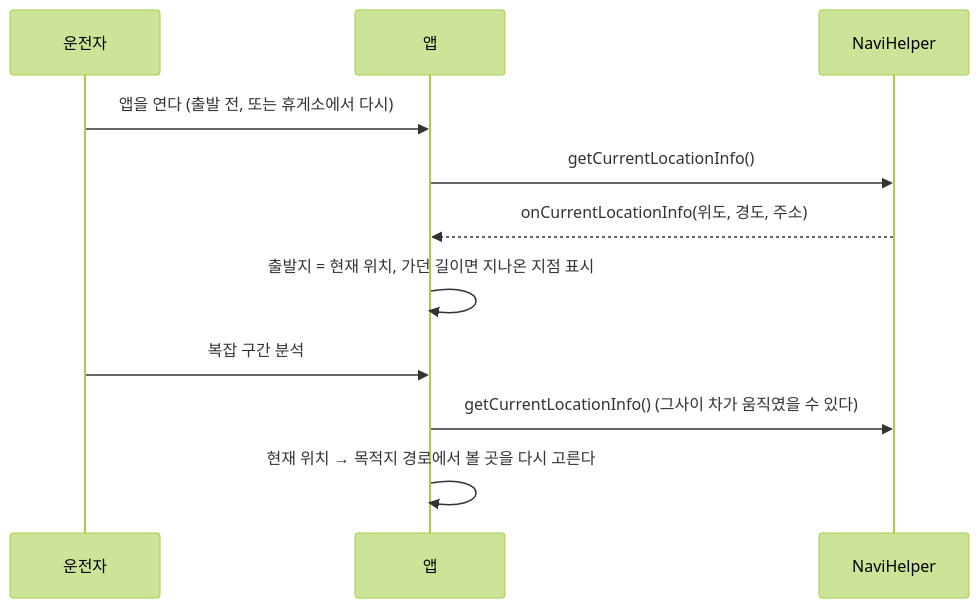
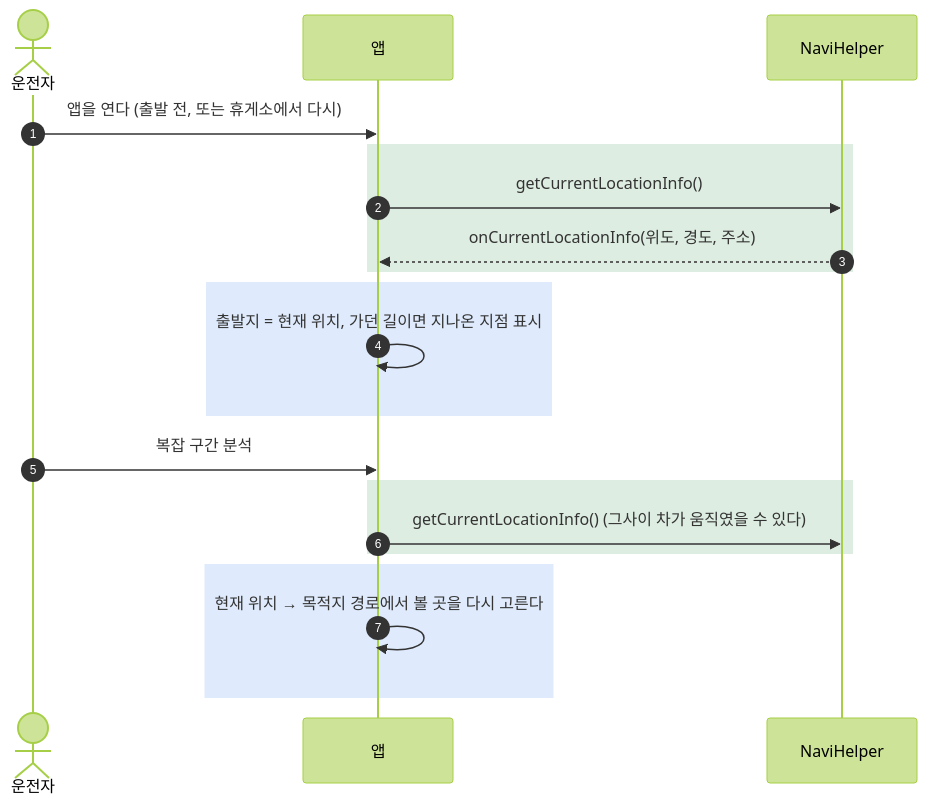
The diagram in docs/pleos-sdk.md (JoisFe/deja-vroom), drawn with Mermaid (forest theme) before and after one commit. The commit also changed other lines of this file and 17 other files, not shown here.

First line of the commit message:
문서 다이어그램을 색·모양 규칙에 맞춰 다시 그리고 코드와 다른 설명 정리

````diff
--- a/docs/pleos-sdk.md
+++ b/docs/pleos-sdk.md
@@ -26,13 +28,22 @@
 ```mermaid
 sequenceDiagram
-    participant U as 운전자
-    participant A as 앱
-    participant N as NaviHelper
-    U->>A: 앱을 연다 (출발 전, 또는 휴게소에서 다시)
-    A->>N: getCurrentLocationInfo()
-    N-->>A: onCurrentLocationInfo(위도, 경도, 주소)
-    A->>A: 출발지 = 현재 위치, 가던 길이면 지나온 지점 표시
-    U->>A: 복잡 구간 분석
-    A->>N: getCurrentLocationInfo() (그사이 차가 움직였을 수 있다)
-    A->>A: 현재 위치 → 목적지 경로에서 볼 곳을 다시 고른다
+    autonumber
+    actor driver as 운전자
+    participant app as 앱
+    participant navi as NaviHelper
+    driver->>app: 앱을 연다 (출발 전, 또는 휴게소에서 다시)
+    rect rgba(26, 127, 55, 0.14)
+        app->>navi: getCurrentLocationInfo()
+        navi-->>app: onCurrentLocationInfo(위도, 경도, 주소)
+    end
+    rect rgba(31, 111, 235, 0.14)
+        app->>app: 출발지 = 현재 위치, 가던 길이면 지나온 지점 표시
+    end
+    driver->>app: 복잡 구간 분석
+    rect rgba(26, 127, 55, 0.14)
+        app->>navi: getCurrentLocationInfo() (그사이 차가 움직였을 수 있다)
+    end
+    rect rgba(31, 111, 235, 0.14)
+        app->>app: 현재 위치 → 목적지 경로에서 볼 곳을 다시 고른다
+    end
 ```
````
